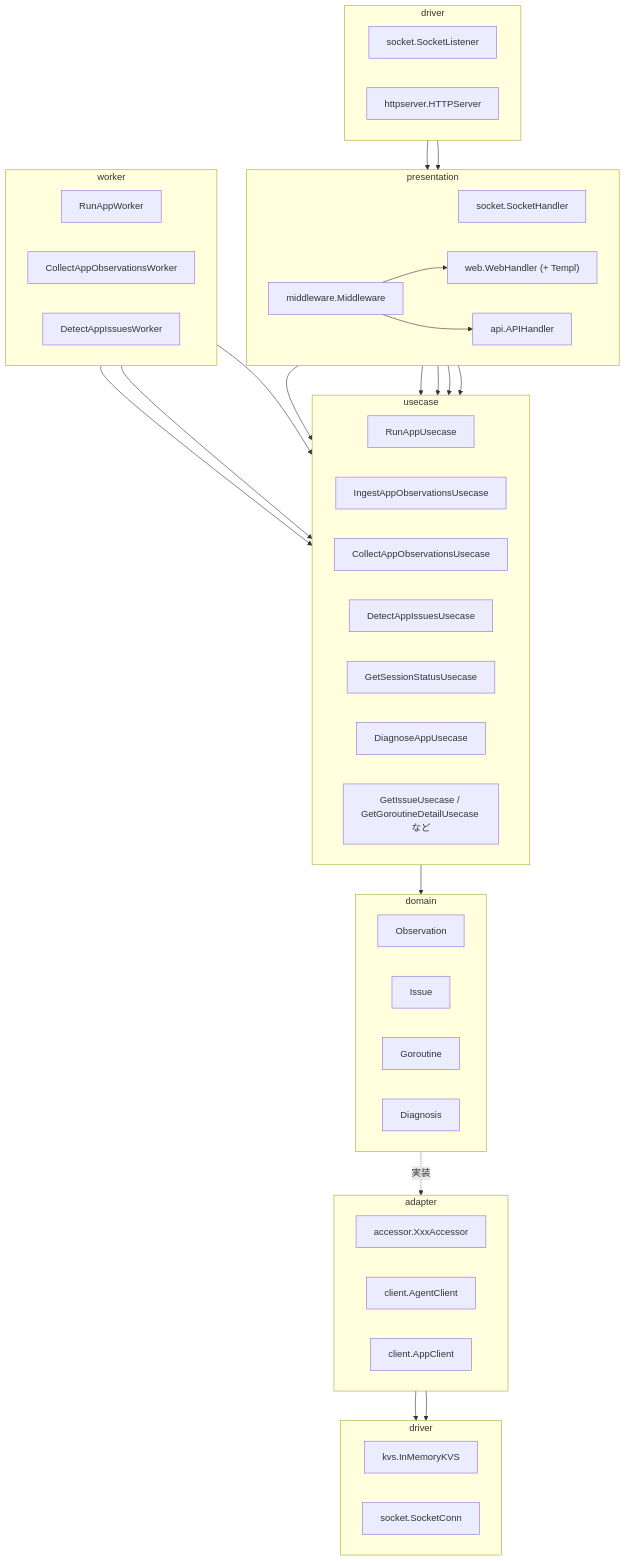
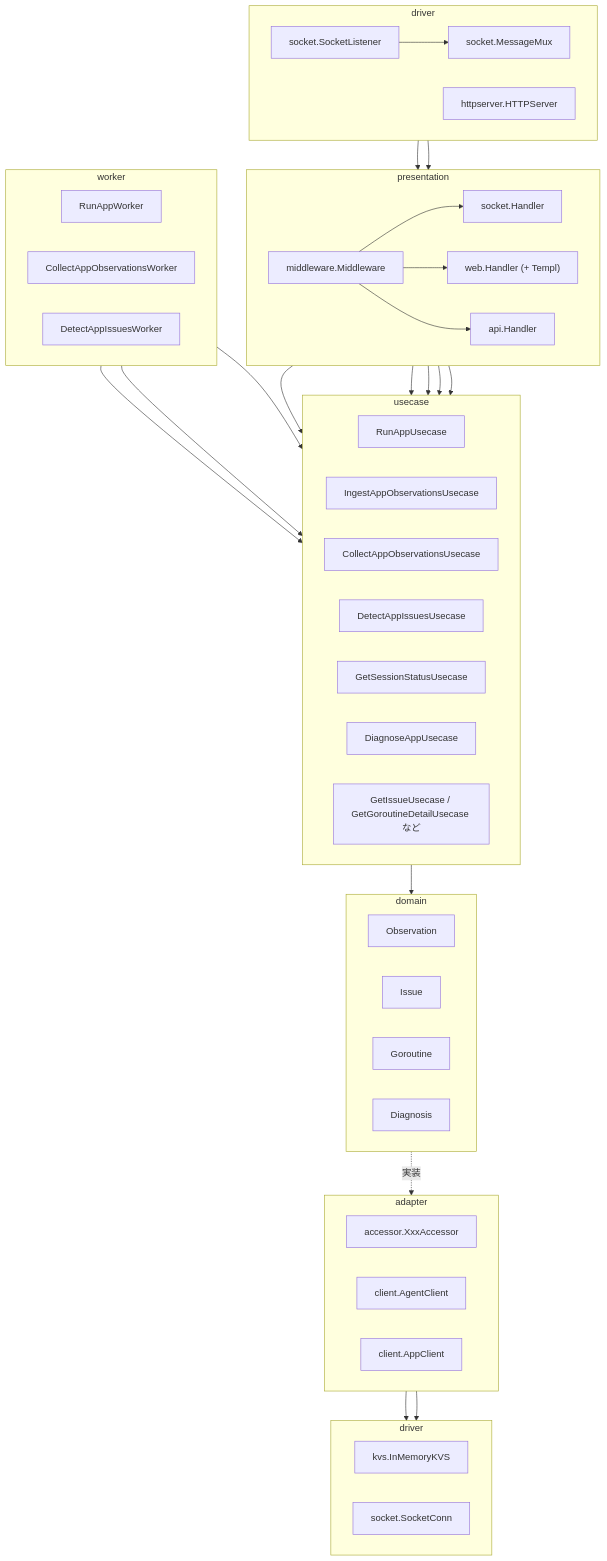
Before and after one commit to kakkky/gorviz: the fourth of 4 diagrams in docs/architecture.md, drawn with Mermaid. The commit also changed other lines of this file and 1 other file, not shown here.

First line of the commit message:
docs: let one Handler per entry list its routes for the muxes in the drivers, route socket messages by message type and request method, catch socket errors in middleware, and call the agent protocol's messages MessageType, Request, Method and Response

````diff
--- a/docs/architecture.md
+++ b/docs/architecture.md
@@ -174,65 +178,67 @@
 ```mermaid
 flowchart TD
     subgraph driverIn["driver"]
         direction LR
         SocketListener["socket.SocketListener"]
+        MessageMux["socket.MessageMux"]
         HTTPServer["httpserver.HTTPServer"]
     end
     subgraph presentation["presentation"]
         direction LR
-        SocketHandler["socket.SocketHandler"]
+        SocketHandler["socket.Handler"]
         Middleware["middleware.Middleware"]
-        Handler["web.WebHandler (+ Templ)"]
-        APIHandler["api.APIHandler"]
+        Handler["web.Handler (+ Templ)"]
+        APIHandler["api.Handler"]
     end
     subgraph worker["worker"]
         direction LR
         RunAppWorker
         CollectAppObservationsWorker
         DetectAppIssuesWorker
     end
     subgraph usecase["usecase"]
         direction LR
         RunAppUsecase
         IngestAppObservationsUsecase
         CollectAppObservationsUsecase
         DetectAppIssuesUsecase
         GetSessionStatusUsecase
         DiagnoseAppUsecase
         QueryUsecases["GetIssueUsecase / GetGoroutineDetailUsecase など"]
     end
     subgraph domain["domain"]
         direction LR
         Observation
         Issue
         Goroutine
         Diagnosis
     end
     subgraph adapter["adapter"]
         direction LR
         Accessor["accessor.XxxAccessor"]
         AgentClient["client.AgentClient"]
         AppClient["client.AppClient"]
     end
     subgraph driverOut["driver"]
         direction LR
         InMemoryKVS["kvs.InMemoryKVS"]
         SocketConn["socket.SocketConn"]
     end
 
-    SocketListener --> SocketHandler --> IngestAppObservationsUsecase
+    SocketListener --> MessageMux --> Middleware
+    Middleware --> SocketHandler --> IngestAppObservationsUsecase
     HTTPServer --> Middleware
     Middleware --> Handler
     Middleware --> APIHandler
     Handler --> QueryUsecases
     APIHandler --> GetSessionStatusUsecase
     APIHandler --> DiagnoseAppUsecase
     APIHandler --> QueryUsecases
     RunAppWorker --> RunAppUsecase
     CollectAppObservationsWorker --> CollectAppObservationsUsecase
     DetectAppIssuesWorker --> DetectAppIssuesUsecase
     usecase --> domain
     domain -. 実装 .-> adapter
     Accessor --> InMemoryKVS
     AgentClient --> SocketConn
 ```
````
